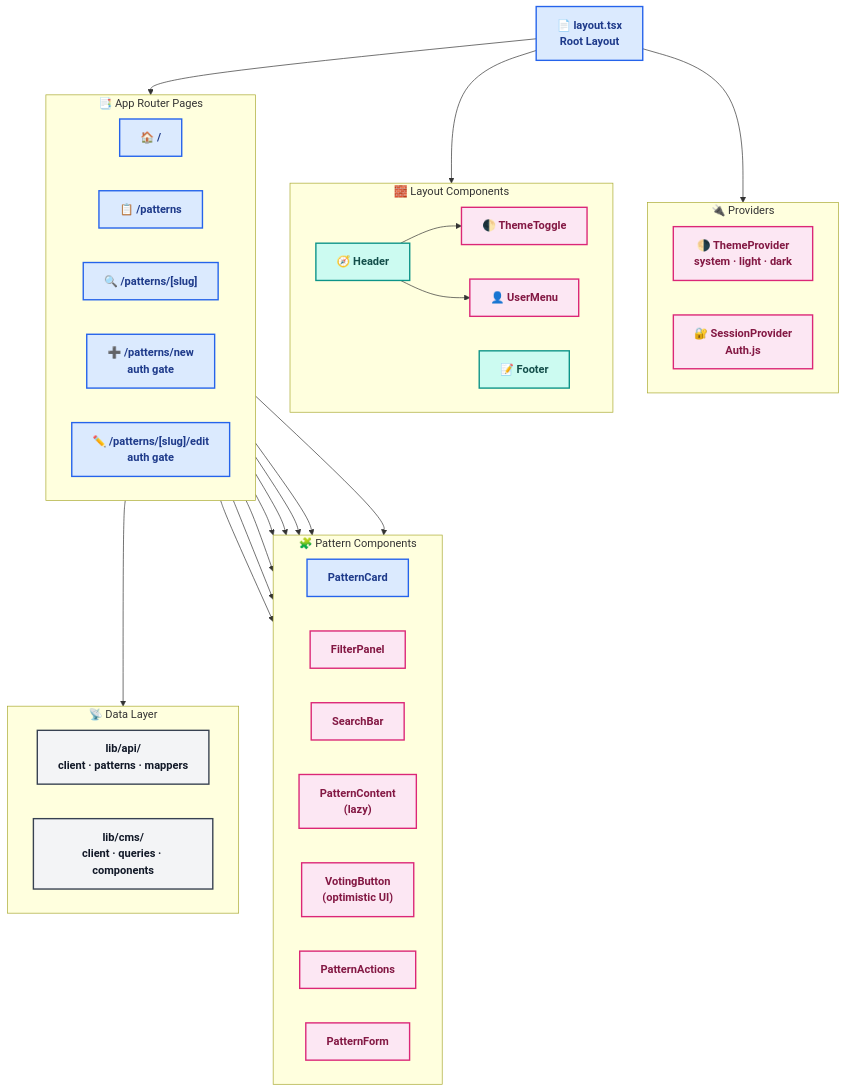
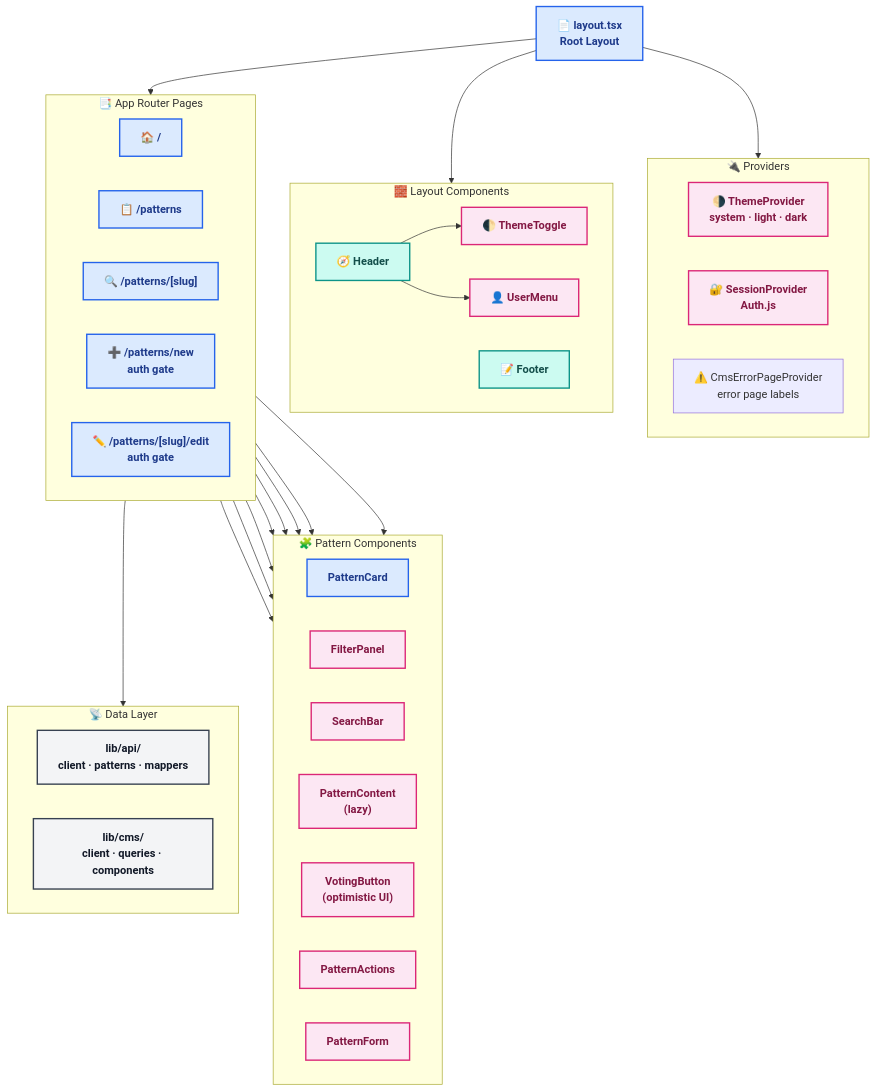
One commit to sandropetterle/AIEnterprisePatterns changed the diagram in documentation/architecture/FRONTEND_ARCHITECTURE.md. Above: the diagram before and after it, drawn with Mermaid. The commit also changed other lines of this file and 12 other files, not shown here.

First line of the commit message:
feat: complete Phase 6.5 — CMS page content migration

````diff
--- a/documentation/architecture/FRONTEND_ARCHITECTURE.md
+++ b/documentation/architecture/FRONTEND_ARCHITECTURE.md
@@ -88,70 +89,71 @@
 ```mermaid
 flowchart TD
     %% ── Root Layout ──────────────────────────────────────────────────────────
     Layout["📄 layout.tsx<br/>Root Layout"]
 
     %% ── Providers ────────────────────────────────────────────────────────────
     subgraph Providers["🔌 Providers"]
         direction LR
         ThemeProv["🌗 ThemeProvider<br/>system · light · dark"]
         SessionProv["🔐 SessionProvider<br/>Auth.js"]
+        ErrorPageProv["⚠️ CmsErrorPageProvider<br/>error page labels"]
     end
 
     %% ── Layout Shell ─────────────────────────────────────────────────────────
     subgraph Shell["🧱 Layout Components"]
         direction LR
         Header["🧭 Header"]
         ThemeToggle["🌓 ThemeToggle"]
         UserMenu["👤 UserMenu"]
         Footer["📝 Footer"]
     end
 
     %% ── Pages (all Server Components) ───────────────────────────────────────
     subgraph Pages["📑 App Router Pages"]
         direction LR
         Home["🏠 /"]
         Listing["📋 /patterns"]
         Detail["🔍 /patterns/[slug]"]
         New["➕ /patterns/new<br/>auth gate"]
         Edit["✏️ /patterns/[slug]/edit<br/>auth gate"]
     end
 
     %% ── Pattern Components ───────────────────────────────────────────────────
     subgraph PatComp["🧩 Pattern Components"]
         direction LR
         PatternCard["PatternCard"]
         FilterPanel["FilterPanel"]
         SearchBar["SearchBar"]
         PatternContent["PatternContent<br/>(lazy)"]
         VotingButton["VotingButton<br/>(optimistic UI)"]
         PatternActions["PatternActions"]
         PatternForm["PatternForm"]
     end
 
     %% ── Data Layer ───────────────────────────────────────────────────────────
     subgraph DataLayer["📡 Data Layer"]
         direction LR
         APILib["lib/api/<br/>client · patterns · mappers"]
         CMSLib["lib/cms/<br/>client · queries · components"]
     end
 
     %% ── Connections ──────────────────────────────────────────────────────────
     Layout --> Providers & Shell & Pages
     Header --> ThemeToggle & UserMenu
     Listing --> PatternCard & FilterPanel & SearchBar
     Detail --> PatternContent & VotingButton & PatternActions
     New & Edit --> PatternForm
     Pages --> DataLayer
 
     %% ── Styles ───────────────────────────────────────────────────────────────
     classDef server   fill:#DBEAFE,stroke:#2563EB,stroke-width:2px,color:#1E3A8A,font-weight:bold
     classDef client   fill:#FCE7F3,stroke:#DB2777,stroke-width:2px,color:#831843,font-weight:bold
     classDef layout   fill:#CCFBF1,stroke:#0D9488,stroke-width:2px,color:#134E4A,font-weight:bold
     classDef provider fill:#EDE9FE,stroke:#7C3AED,stroke-width:2px,color:#3B0764,font-weight:bold
     classDef data     fill:#F3F4F6,stroke:#374151,stroke-width:2px,color:#111827,font-weight:bold
 
     class Layout,Home,Listing,Detail,New,Edit,PatternCard server
     class ThemeProv,SessionProv,ThemeToggle,UserMenu,FilterPanel,SearchBar,VotingButton,PatternContent,PatternActions,PatternForm client
     class Header,Footer layout
     class APILib,CMSLib data
 ```
````
